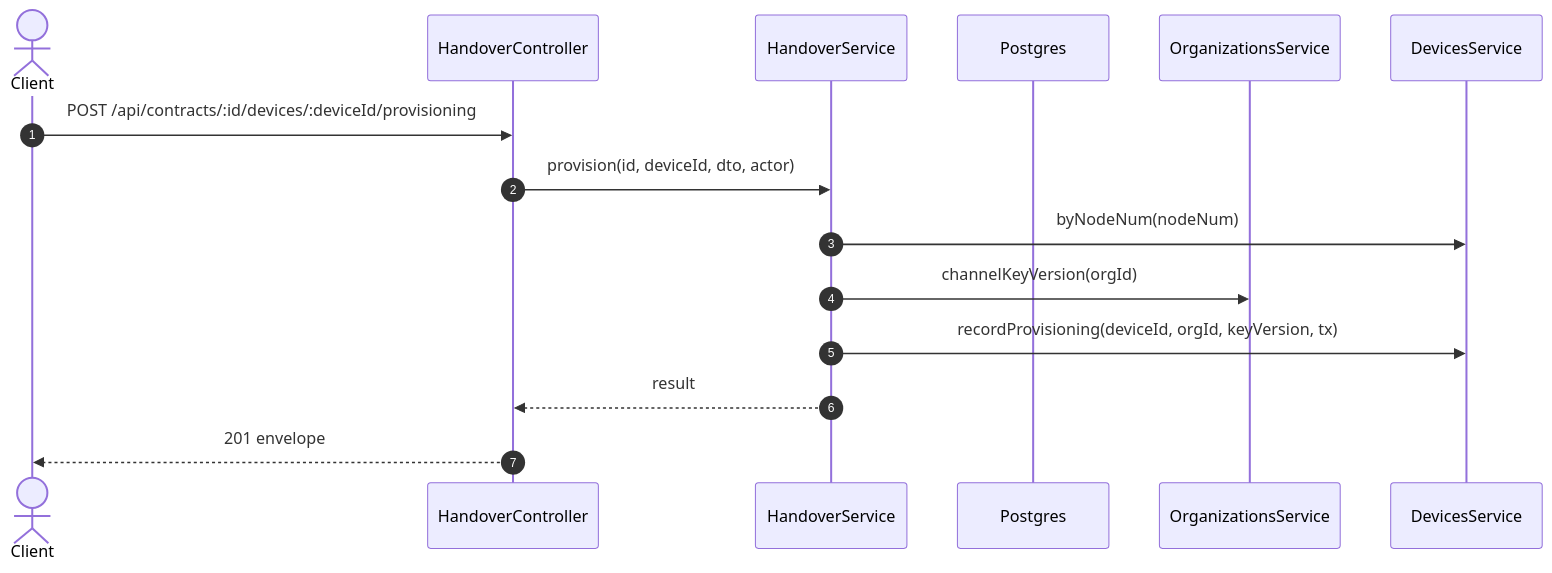
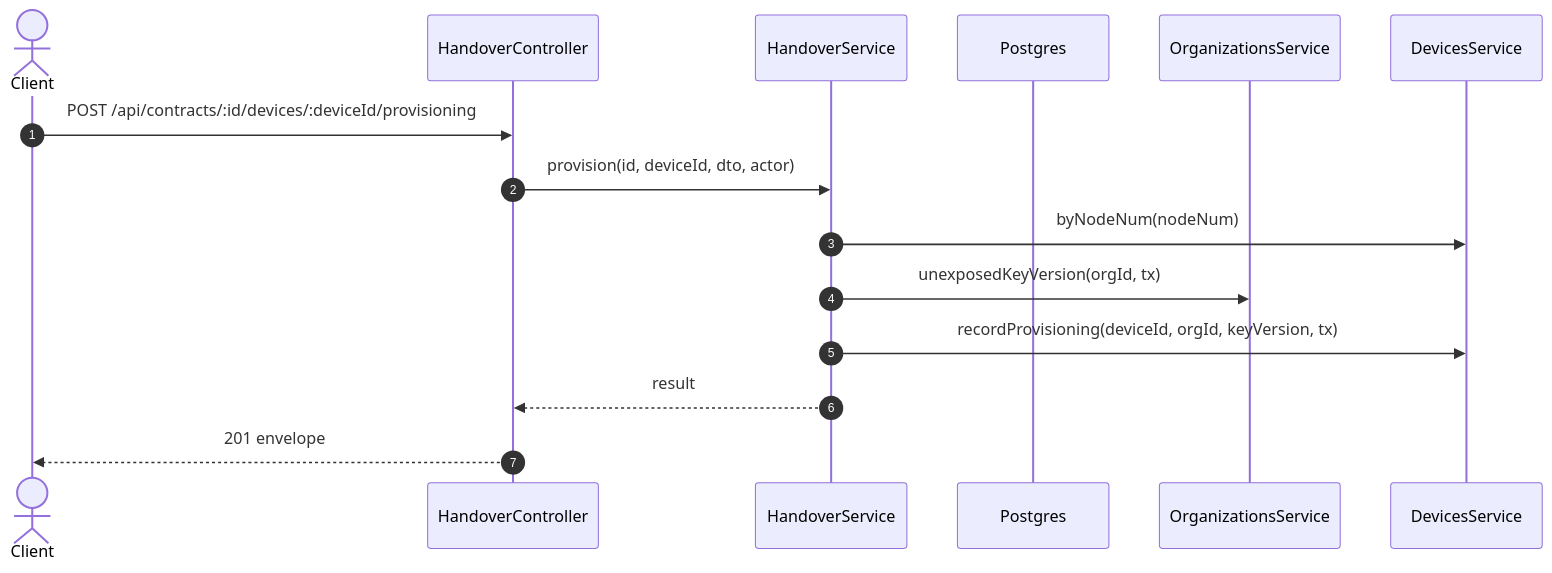
The second of 2 diagrams in specs/rentals/api-design/09-post-contracts-id-devices-deviceid-provisioning.md (TrekLink-Team/treklink-web), drawn with Mermaid before and after one commit. The commit also changed other lines of this file and 12 other files, not shown here.

````diff
--- a/specs/rentals/api-design/09-post-contracts-id-devices-deviceid-provisioning.md
+++ b/specs/rentals/api-design/09-post-contracts-id-devices-deviceid-provisioning.md
@@ -283,17 +281,17 @@
 ```mermaid
 sequenceDiagram
     autonumber
     actor C as Client
     participant Ctl as HandoverController
     participant Svc as HandoverService
     participant DB as Postgres
     participant Org as OrganizationsService
     participant Dev as DevicesService
     C->>Ctl: POST /api/contracts/:id/devices/:deviceId/provisioning
     Ctl->>Svc: provision(id, deviceId, dto, actor)
     Svc->>Dev: byNodeNum(nodeNum)
-    Svc->>Org: channelKeyVersion(orgId)
+    Svc->>Org: unexposedKeyVersion(orgId, tx)
     Svc->>Dev: recordProvisioning(deviceId, orgId, keyVersion, tx)
     Svc-->>Ctl: result
     Ctl-->>C: 201 envelope
 ```
````
